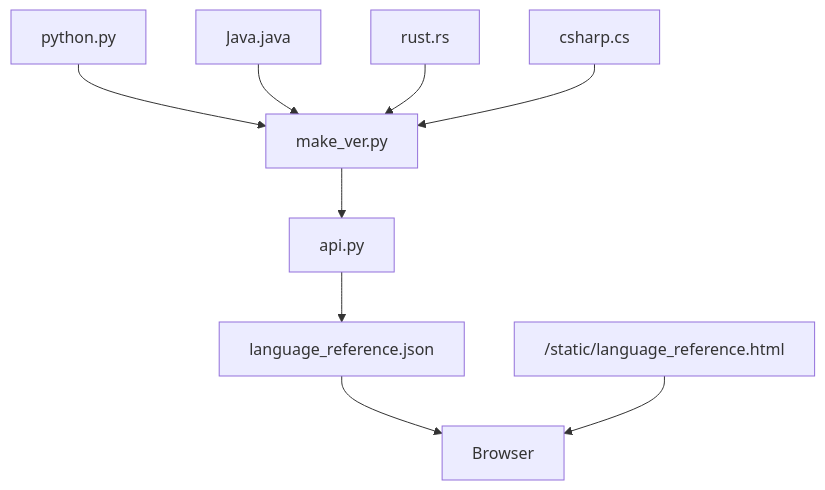
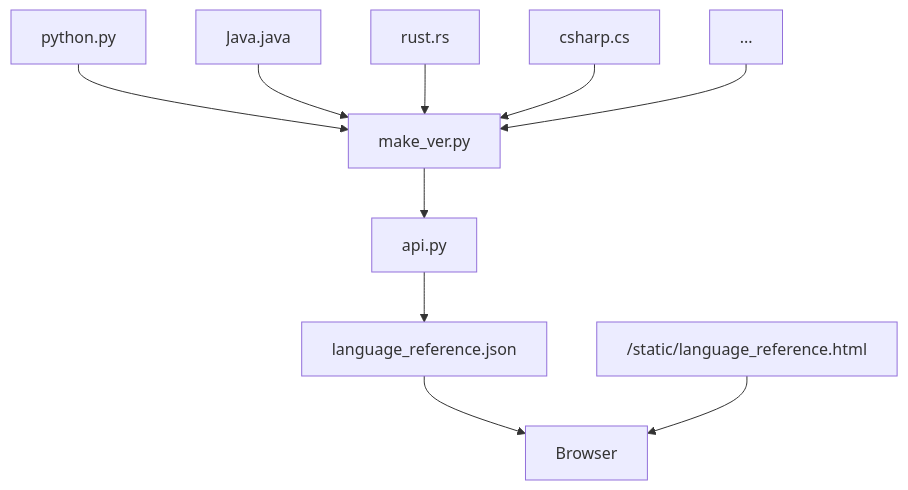
The first of 2 diagrams in README.md (ComputingTeachers/language_reference), drawn with Mermaid before and after one commit. The commit also changed other lines of this file, not shown here.

Commit message:
More README.md added diagram for projects

````diff
--- a/README.md
+++ b/README.md
@@ -49,11 +50,12 @@
 ```mermaid
 flowchart TD
 
 python.py --> make_ver.py
 Java.java --> make_ver.py
 rust.rs   --> make_ver.py
 csharp.cs --> make_ver.py
+...       --> make_ver.py
 
 make_ver.py --> api.py --> language_reference.json --> Browser
 /static/language_reference.html --> Browser
 ```
````
